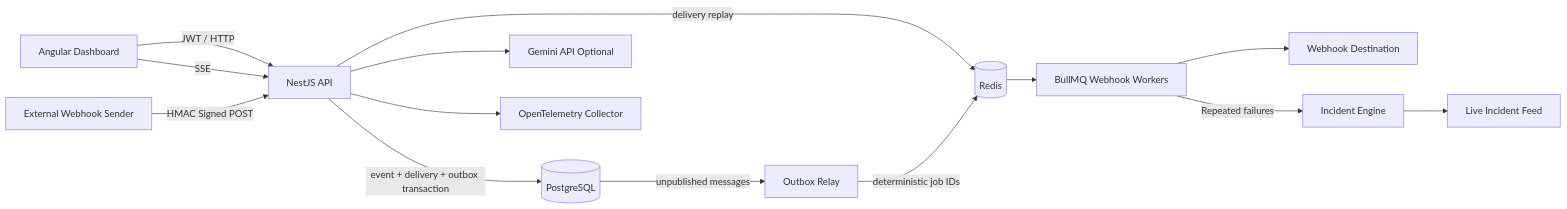
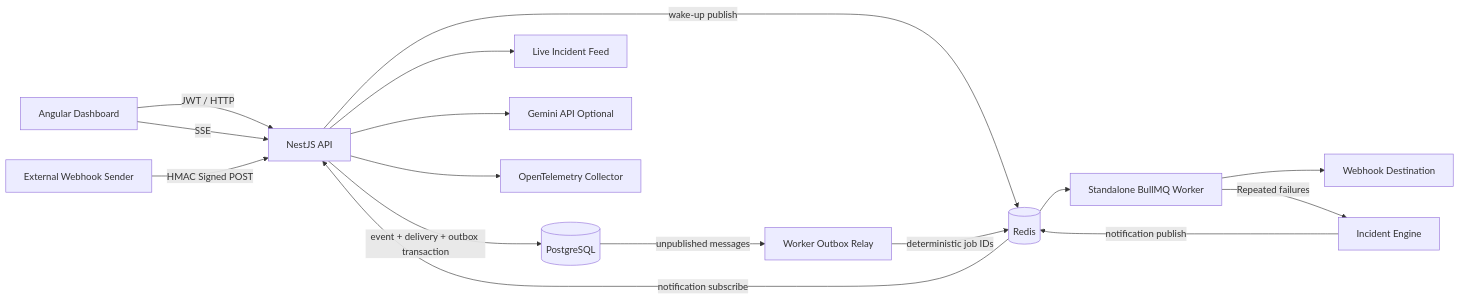
The diagram in README.md (hs-7/OpsPulse), drawn with Mermaid before and after one commit. The commit also changed other lines of this file and 31 other files, not shown here.

Commit message:
Containerize API and worker services

````diff
--- a/README.md
+++ b/README.md
@@ -7,16 +7,18 @@
 ```mermaid
 flowchart LR
   Browser[Angular Dashboard] -->|JWT / HTTP| API[NestJS API]
   Browser -->|SSE| API
   External[External Webhook Sender] -->|HMAC Signed POST| API
   API -->|event + delivery + outbox transaction| Postgres[(PostgreSQL)]
-  Postgres -->|unpublished messages| Relay[Outbox Relay]
-  API -->|delivery replay| Redis[(Redis)]
+  API -->|wake-up publish| Redis[(Redis)]
+  Postgres -->|unpublished messages| Relay[Worker Outbox Relay]
   Relay -->|deterministic job IDs| Redis
-  Redis --> Queue[BullMQ Webhook Workers]
+  Redis --> Queue[Standalone BullMQ Worker]
   Queue --> Destination[Webhook Destination]
   Queue -->|Repeated failures| Incidents[Incident Engine]
-  Incidents --> SSE[Live Incident Feed]
+  Incidents -->|notification publish| Redis
+  Redis -->|notification subscribe| API
+  API --> SSE[Live Incident Feed]
   API --> Gemini[Gemini API Optional]
   API --> OTLP[OpenTelemetry Collector]
 ```
````
